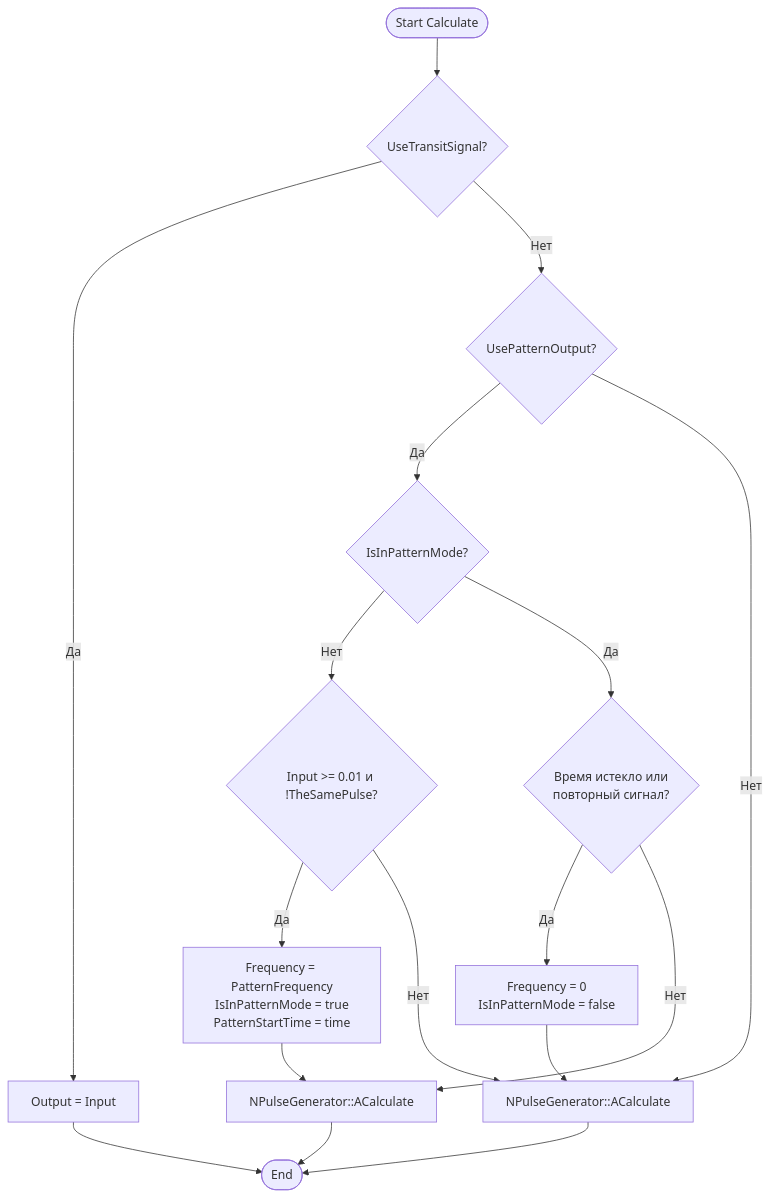
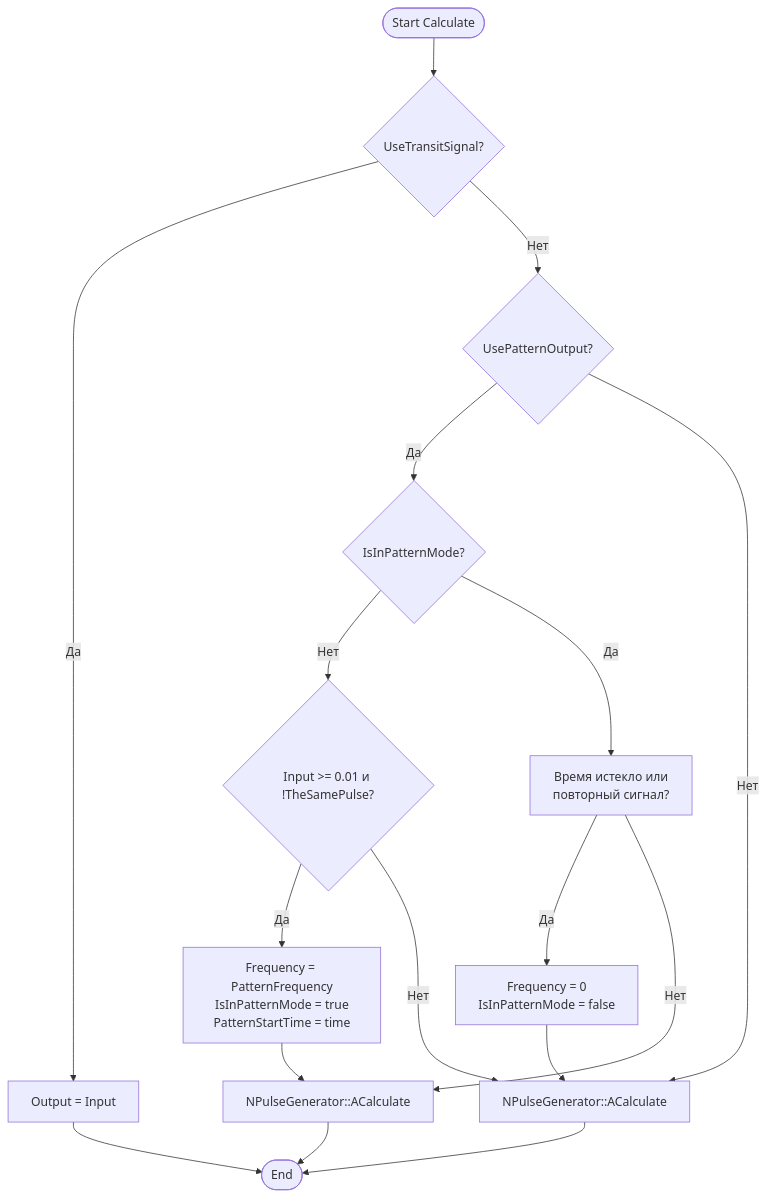
One commit to aicommunity/Nmsdk-PulseLib changed the fourth of 10 diagrams in Docs/Components/NPulseGeneratorTransit.md. Above: the diagram before and after it, drawn with Mermaid. The commit also changed 121 other files, not shown here.

First line of the commit message:
docs(pulse): normalize mermaid node ids with quoted labels

````diff
--- a/Docs/Components/NPulseGeneratorTransit.md
+++ b/Docs/Components/NPulseGeneratorTransit.md
@@ -162,19 +162,19 @@
 ```mermaid
 flowchart TD
     Start([Start Calculate]) --> CheckTransitSignal{UseTransitSignal?}
     CheckTransitSignal -->|Да| TransitOutput[Output = Input]
     CheckTransitSignal -->|Нет| CheckPattern{UsePatternOutput?}
     TransitOutput --> End([End])
     CheckPattern -->|Да| CheckPatternMode{IsInPatternMode?}
     CheckPattern -->|Нет| NormalGenerate[NPulseGenerator::ACalculate]
     CheckPatternMode -->|Нет| CheckInputSignal{Input >= 0.01 и !TheSamePulse?}
-    CheckPatternMode -->|Да| CheckPatternEnd{Время истекло или<br/>повторный сигнал?}
-    CheckInputSignal -->|Да| StartPattern[Frequency = PatternFrequency<br/>IsInPatternMode = true<br/>PatternStartTime = time]
+    CheckPatternMode -->|Да| CheckPatternEnd["Время истекло или<br/>повторный сигнал?"]
+    CheckInputSignal -->|Да| StartPattern["Frequency = PatternFrequency<br/>IsInPatternMode = true<br/>PatternStartTime = time"]
     CheckInputSignal -->|Нет| NormalGenerate
     StartPattern --> GeneratePattern[NPulseGenerator::ACalculate]
-    CheckPatternEnd -->|Да| EndPattern[Frequency = 0<br/>IsInPatternMode = false]
+    CheckPatternEnd -->|Да| EndPattern["Frequency = 0<br/>IsInPatternMode = false"]
     CheckPatternEnd -->|Нет| GeneratePattern
     EndPattern --> NormalGenerate
     GeneratePattern --> End
     NormalGenerate --> End
 ```
````
